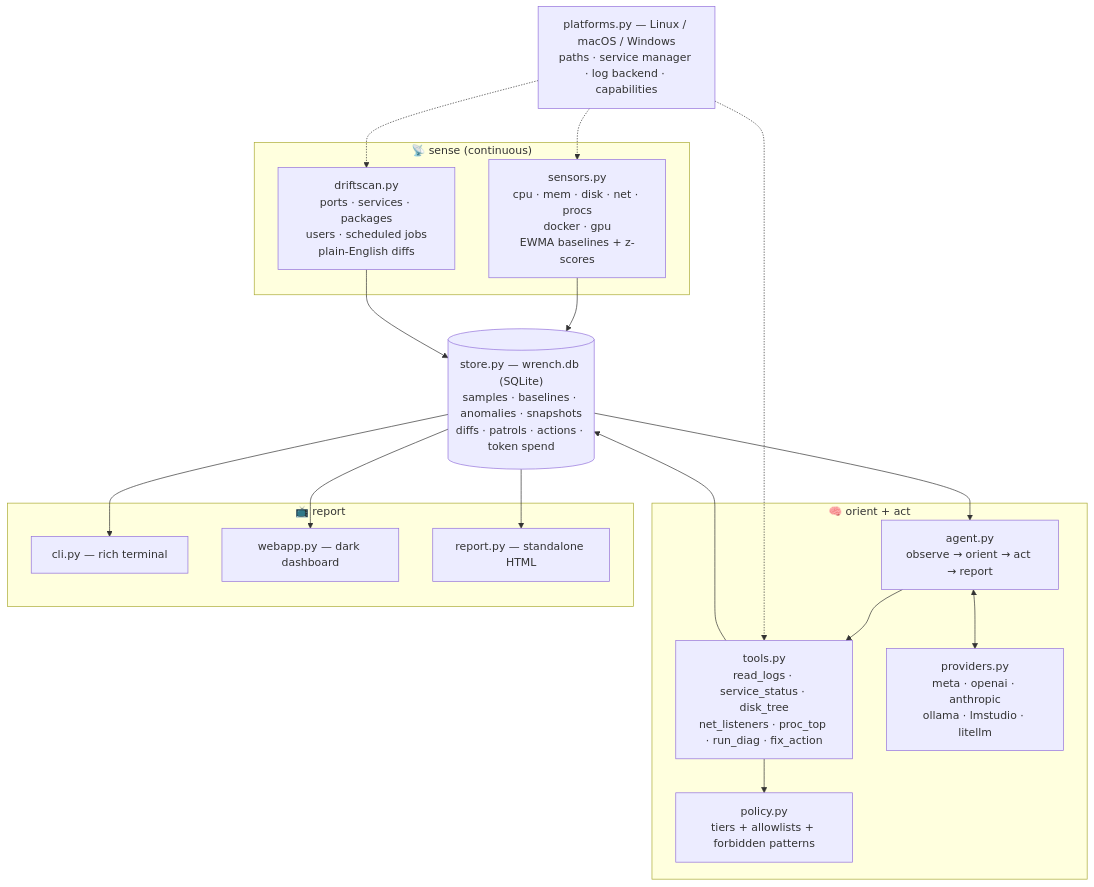
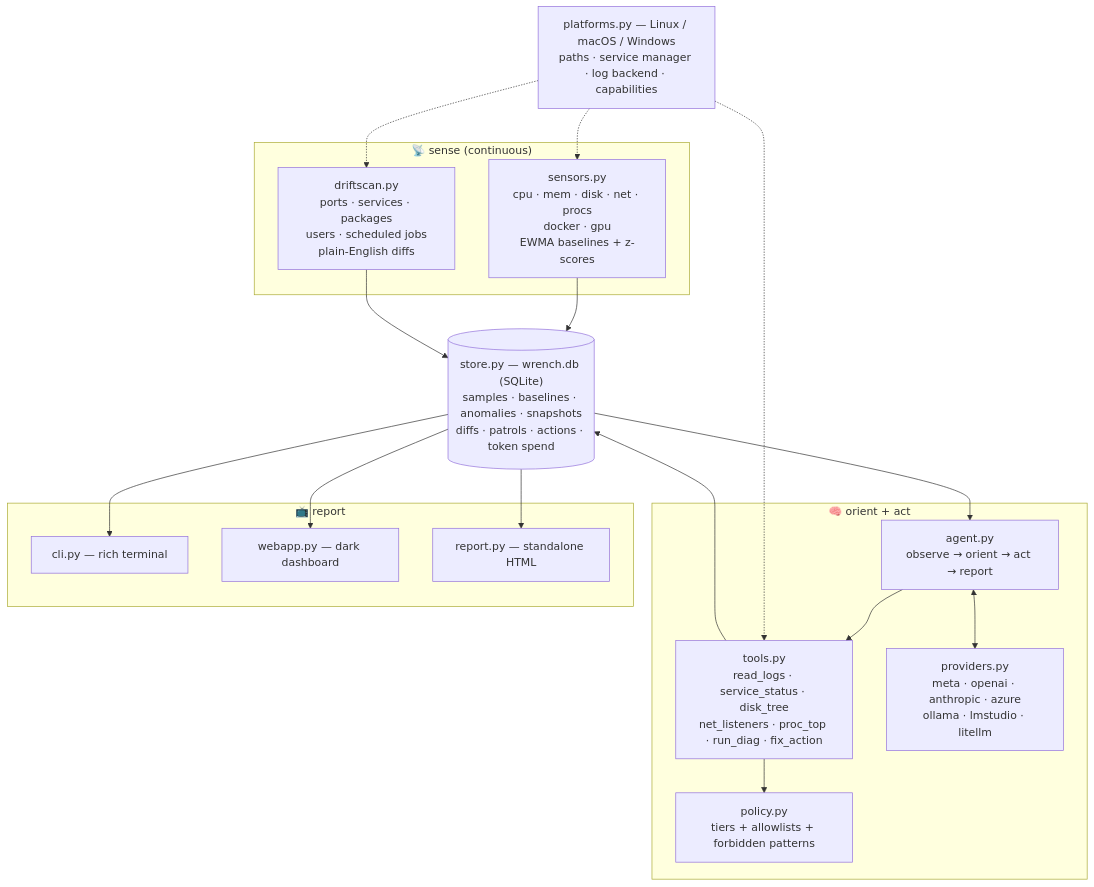
One commit to sunkencity999/wrench changed the diagram in README.md. Above: the diagram before and after it, drawn with Mermaid. The commit also changed other lines of this file and 1 other file, not shown here.

Commit message:
docs: Azure OpenAI / AI Foundry provider section (README + site)

````diff
--- a/README.md
+++ b/README.md
@@ -532,38 +555,38 @@
 ```mermaid
 flowchart TB
     subgraph sense["📡 sense (continuous)"]
         sensors["sensors.py<br/>cpu · mem · disk · net · procs<br/>docker · gpu<br/>EWMA baselines + z-scores"]
         drift["driftscan.py<br/>ports · services · packages<br/>users · scheduled jobs<br/>plain-English diffs"]
     end
 
     store[("store.py — wrench.db (SQLite)<br/>samples · baselines · anomalies · snapshots<br/>diffs · patrols · actions · token spend")]
 
     subgraph think["🧠 orient + act"]
         agent["agent.py<br/>observe → orient → act → report"]
         tools["tools.py<br/>read_logs · service_status · disk_tree<br/>net_listeners · proc_top · run_diag · fix_action"]
         policy["policy.py<br/>tiers + allowlists + forbidden patterns"]
-        providers["providers.py<br/>meta · openai · anthropic<br/>ollama · lmstudio · litellm"]
+        providers["providers.py<br/>meta · openai · anthropic · azure<br/>ollama · lmstudio · litellm"]
     end
 
     subgraph show["📺 report"]
         cli["cli.py — rich terminal"]
         web["webapp.py — dark dashboard"]
         html["report.py — standalone HTML"]
     end
 
     platforms["platforms.py — Linux / macOS / Windows<br/>paths · service manager · log backend · capabilities"]
 
     sensors --> store
     drift --> store
     store --> agent
     agent <--> providers
     agent --> tools
     tools --> policy
     tools --> store
     store --> cli
     store --> web
     store --> html
     platforms -.-> sensors
     platforms -.-> drift
     platforms -.-> tools
 ```
````
